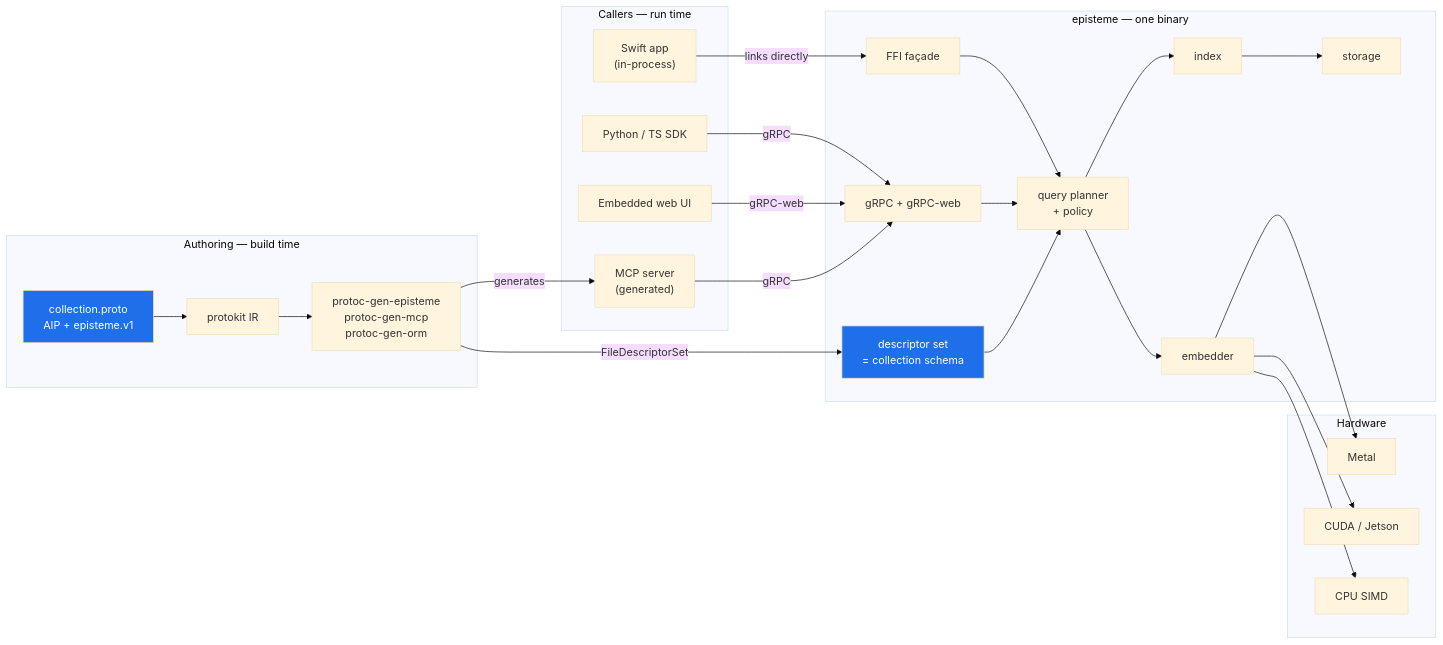
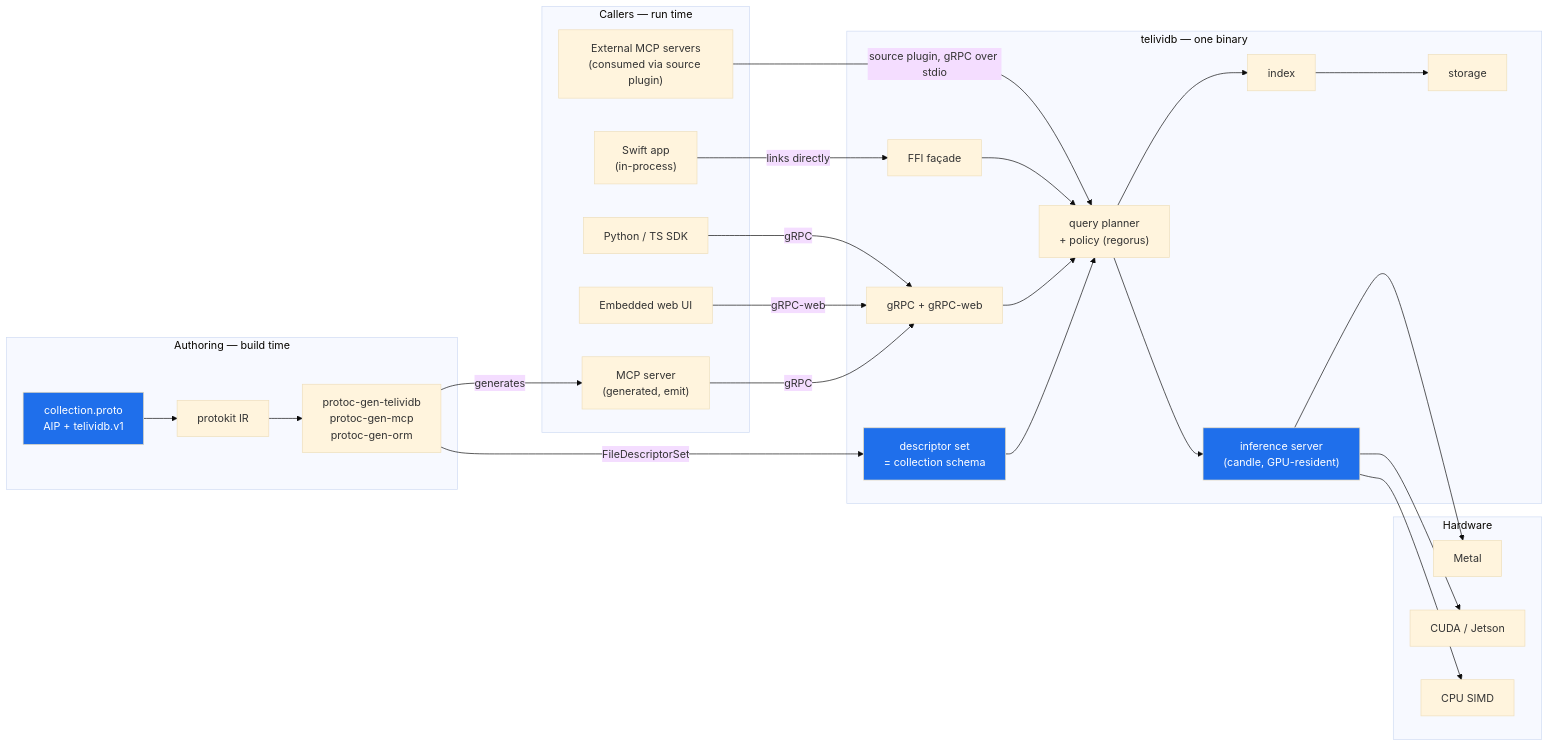
Before and after one commit to the-protobuf-project/telividb: the first of 11 diagrams in docs/ARCHITECTURE.md, drawn with Mermaid (base theme). The commit also changed other lines of this file and 325 other files, not shown here.

````diff
--- a/docs/ARCHITECTURE.md
+++ b/docs/ARCHITECTURE.md
@@ -47,48 +61,51 @@
 ```mermaid
 flowchart LR
     subgraph author["Authoring — build time"]
-        PROTO["collection.proto<br/>AIP + episteme.v1"]
+        PROTO["collection.proto<br/>AIP + telividb.v1"]
         PK["protokit IR"]
-        GEN["protoc-gen-episteme<br/>protoc-gen-mcp<br/>protoc-gen-orm"]
+        GEN["protoc-gen-telividb<br/>protoc-gen-mcp<br/>protoc-gen-orm"]
         PROTO --> PK --> GEN
     end
 
     subgraph clients["Callers — run time"]
         SW["Swift app<br/>(in-process)"]
         PY["Python / TS SDK"]
         UI["Embedded web UI"]
-        MCP["MCP server<br/>(generated)"]
+        MCP["MCP server<br/>(generated, emit)"]
+        MCPC["External MCP servers<br/>(consumed via source plugin)"]
     end
 
-    subgraph epi["episteme — one binary"]
+    subgraph epi["telividb — one binary"]
         FFI["FFI façade"]
         GRPC["gRPC + gRPC-web"]
         DESC["descriptor set<br/>= collection schema"]
-        CORE["query planner<br/>+ policy"]
+        CORE["query planner<br/>+ policy (regorus)"]
         IDX["index"]
         STO["storage"]
-        EMB["embedder"]
+        INF["inference server<br/>(candle, GPU-resident)"]
     end
 
     subgraph hw["Hardware"]
         METAL["Metal"]
         CUDA["CUDA / Jetson"]
         CPU["CPU SIMD"]
     end
 
     GEN -->|"FileDescriptorSet"| DESC
     GEN -->|"generates"| MCP
     SW -->|"links directly"| FFI
     PY -->|"gRPC"| GRPC
     UI -->|"gRPC-web"| GRPC
     MCP -->|"gRPC"| GRPC
+    MCPC -->|"source plugin, gRPC over stdio"| CORE
     FFI --> CORE
     GRPC --> CORE
     DESC --> CORE
     CORE --> IDX --> STO
-    CORE --> EMB
-    EMB --> METAL & CUDA & CPU
+    CORE --> INF
+    INF --> METAL & CUDA & CPU
 
     style DESC fill:#1f6feb,color:#fff
     style PROTO fill:#1f6feb,color:#fff
+    style INF fill:#1f6feb,color:#fff
 ```
````
